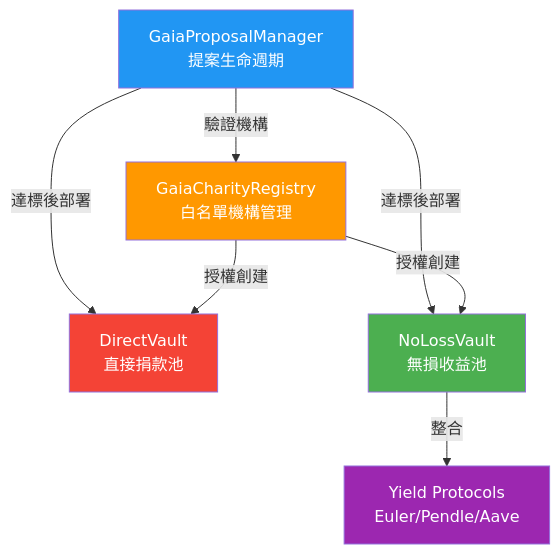
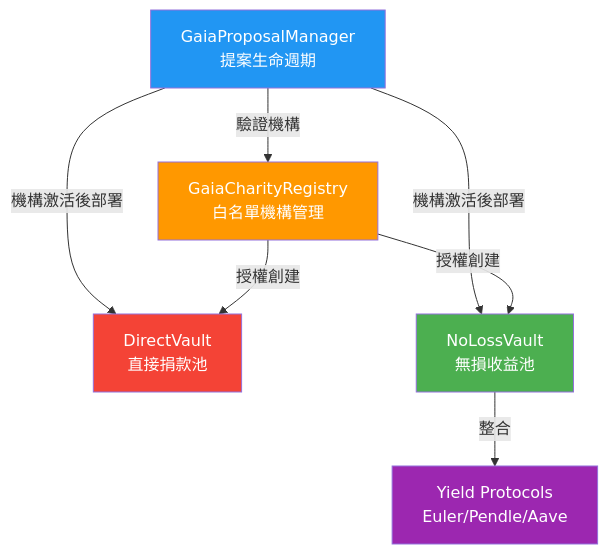
One commit to Gaia-Link/GaiaLink changed the third of 4 diagrams in README.md. Above: the diagram before and after it, drawn with Mermaid. The commit also changed other lines of this file, not shown here.

Commit message:
docs: refine architecture logic in README (institution-led execution)

````diff
--- a/README.md
+++ b/README.md
@@ -167,21 +167,21 @@
 ```mermaid
 graph TB
     Registry[GaiaCharityRegistry<br/>白名單機構管理]
     ProposalMgr[GaiaProposalManager<br/>提案生命週期]
     DirectV[DirectVault<br/>直接捐款池]
     NoLossV[NoLossVault<br/>無損收益池]
     YieldProtocol[Yield Protocols<br/>Euler/Pendle/Aave]
     
     ProposalMgr -->|驗證機構| Registry
-    ProposalMgr -->|達標後部署| DirectV
-    ProposalMgr -->|達標後部署| NoLossV
+    ProposalMgr -->|機構激活後部署| DirectV
+    ProposalMgr -->|機構激活後部署| NoLossV
     Registry -->|授權創建| DirectV
     Registry -->|授權創建| NoLossV
     NoLossV -->|整合| YieldProtocol
     
     style Registry fill:#ff9800,color:#fff
     style ProposalMgr fill:#2196f3,color:#fff
     style DirectV fill:#f44336,color:#fff
     style NoLossV fill:#4caf50,color:#fff
     style YieldProtocol fill:#9c27b0,color:#fff
 ```
````
